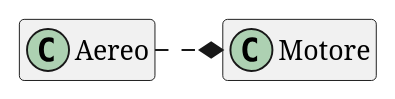
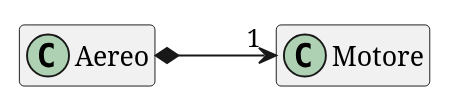
One commit to MarcoBuster/sweng changed the eighth of 9 diagrams in src/09_uml/04_class-diagram.md. Above: the diagram before and after it, drawn with PlantUML. The commit also changed other lines of this file, not shown here.

````diff
--- a/src/09_uml/04_class-diagram.md
+++ b/src/09_uml/04_class-diagram.md
@@ -124,9 +154,9 @@
-```plantuml
-@startuml
-hide fields
-hide methods
-class Aereo
-class Motore
-Aereo .* Motore
-@enduml
-```
+  ```plantuml
+  @startuml
+  hide fields
+  hide methods
+  class Aereo
+  class Motore
+  Aereo *-> "1" Motore : \t 
+  @enduml
+  ```
````
